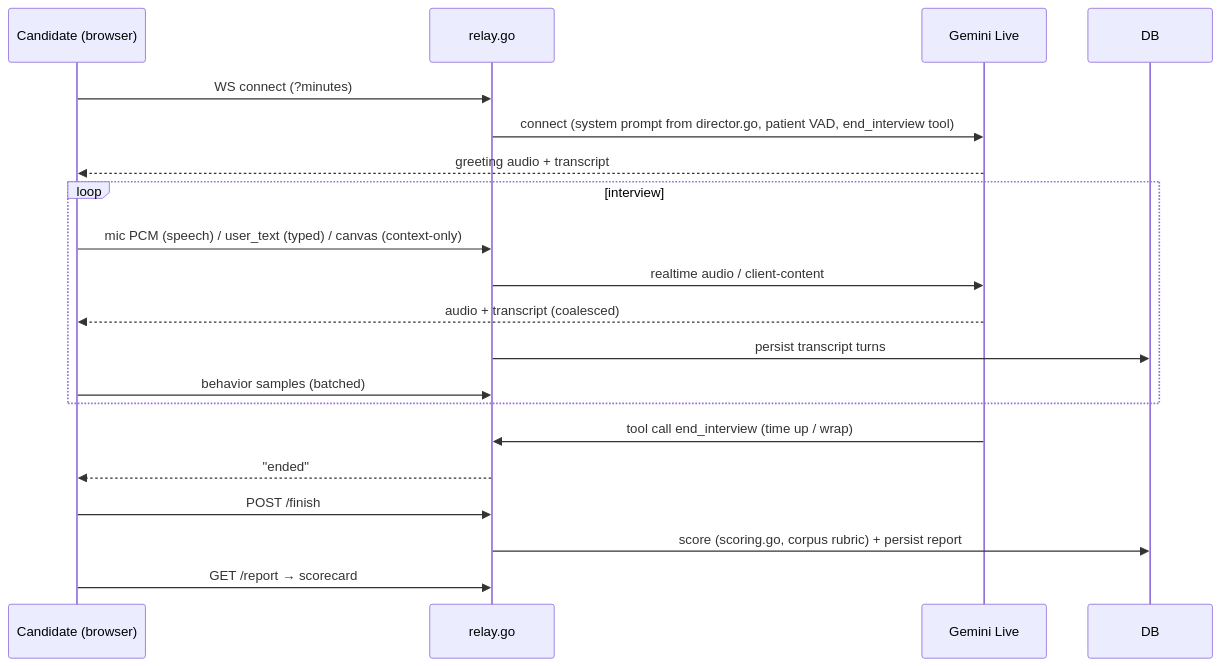
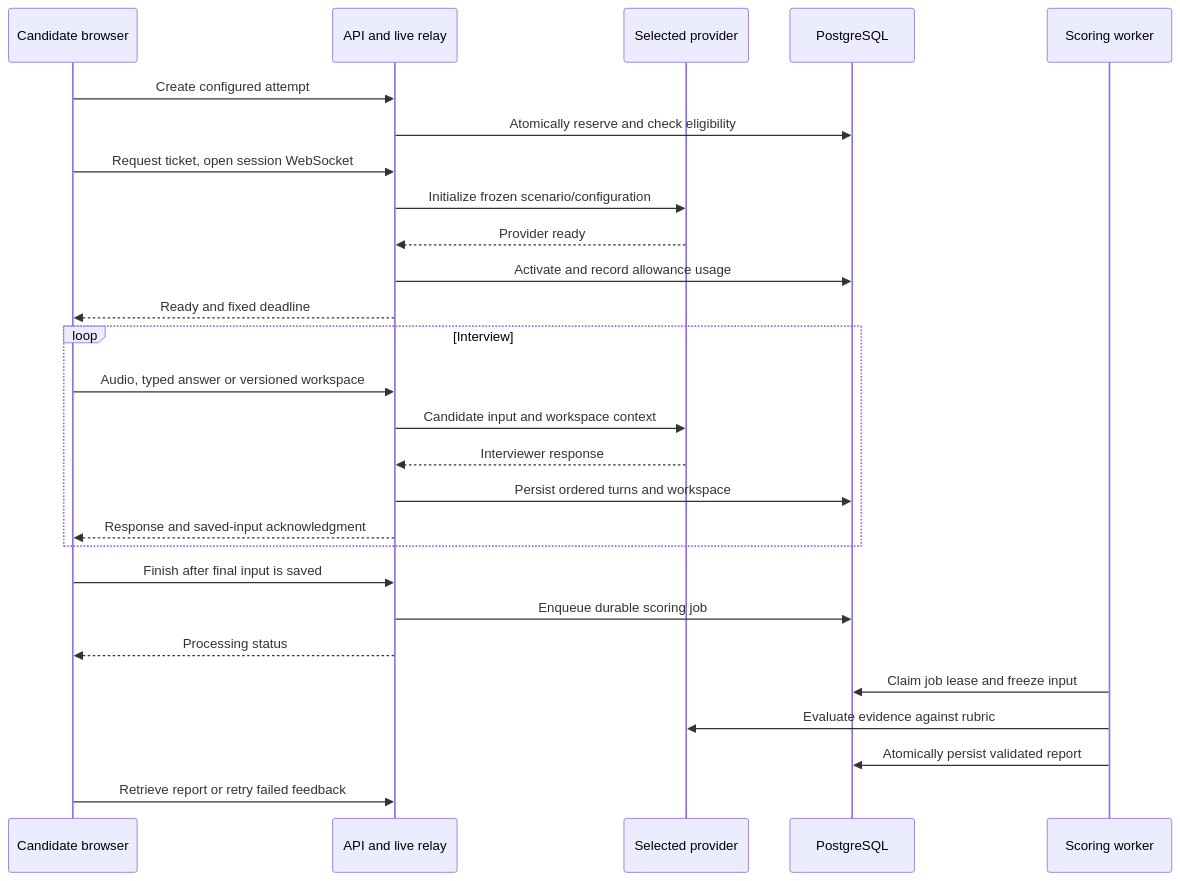
The second of 2 diagrams in docs/ARCHITECTURE.md (tejovardhan-makineni/mockinterview), drawn with Mermaid before and after one commit. The commit also changed other lines of this file and 14 other files, not shown here.

````diff
--- a/docs/ARCHITECTURE.md
+++ b/docs/ARCHITECTURE.md
@@ -123,22 +84,29 @@
 ```mermaid
 sequenceDiagram
-  participant C as Candidate (browser)
-  participant R as relay.go
-  participant G as Gemini Live
-  participant D as DB
-  C->>R: WS connect (?minutes)
-  R->>G: connect (system prompt from director.go, patient VAD, end_interview tool)
-  G-->>C: greeting audio + transcript
-  loop interview
-    C->>R: mic PCM (speech) / user_text (typed) / canvas (context-only)
-    R->>G: realtime audio / client-content
-    G-->>C: audio + transcript (coalesced)
-    R->>D: persist transcript turns
-    C->>R: behavior samples (batched)
+  participant C as Candidate browser
+  participant A as API and live relay
+  participant P as Selected provider
+  participant D as PostgreSQL
+  participant W as Scoring worker
+  C->>A: Create configured attempt
+  A->>D: Atomically reserve and check eligibility
+  C->>A: Request ticket, open session WebSocket
+  A->>P: Initialize frozen scenario/configuration
+  P-->>A: Provider ready
+  A->>D: Activate and record allowance usage
+  A-->>C: Ready and fixed deadline
+  loop Interview
+    C->>A: Audio, typed answer or versioned workspace
+    A->>P: Candidate input and workspace context
+    P-->>A: Interviewer response
+    A->>D: Persist ordered turns and workspace
+    A-->>C: Response and saved-input acknowledgment
   end
-  G->>R: tool call end_interview (time up / wrap)
-  R-->>C: "ended"
-  C->>R: POST /finish
-  R->>D: score (scoring.go, corpus rubric) + persist report
-  C->>R: GET /report → scorecard
+  C->>A: Finish after final input is saved
+  A->>D: Enqueue durable scoring job
+  A-->>C: Processing status
+  W->>D: Claim job lease and freeze input
+  W->>P: Evaluate evidence against rubric
+  W->>D: Atomically persist validated report
+  C->>A: Retrieve report or retry failed feedback
 ```
````
